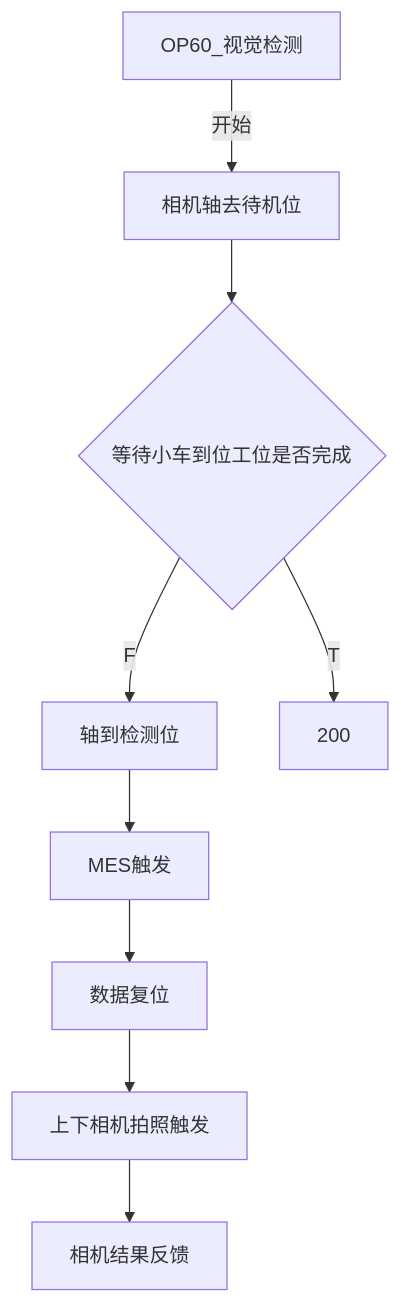
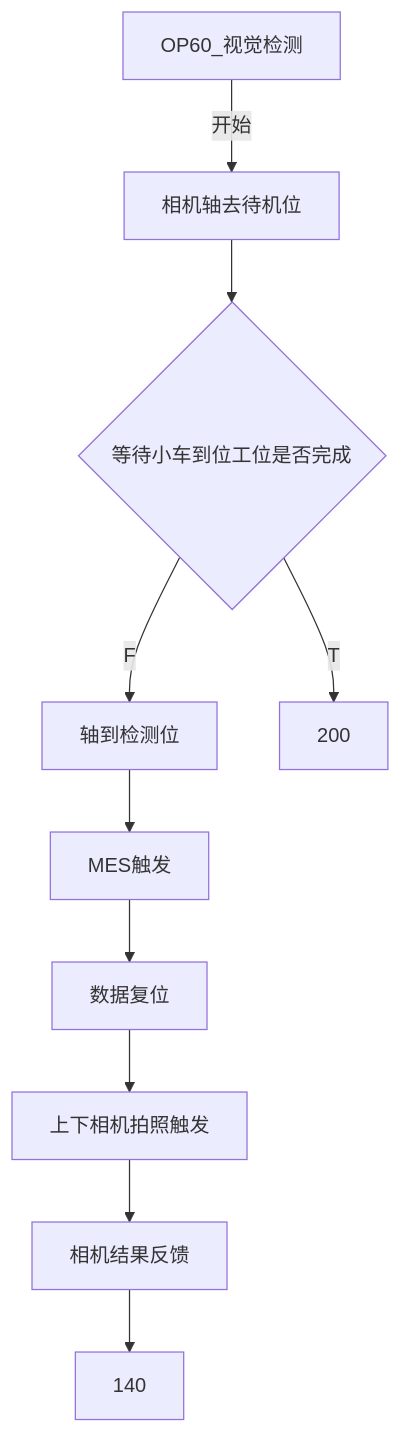
The diagram in all/未命名.md (zmq000/iodraw-files), drawn with Mermaid before and after one commit.

Commit message:
2026-06-17 14:30:58 update

````diff
--- a/all/未命名.md
+++ b/all/未命名.md
@@ -1,15 +1,16 @@
 ```mermaid
 graph TD
    0[OP60_视觉检测]-->|开始|10
    10[相机轴去待机位]-->20
    20{等待小车到位工位是否完成}-->|F|100
    20-->|T|200
    100[轴到检测位]-->105
    105[MES触发]-->110
    110[数据复位]-->120
    120[上下相机拍照触发]-->130
-   130[相机结果反馈]
+   130[相机结果反馈]-->140
+   
 
 
    
 ```
````
